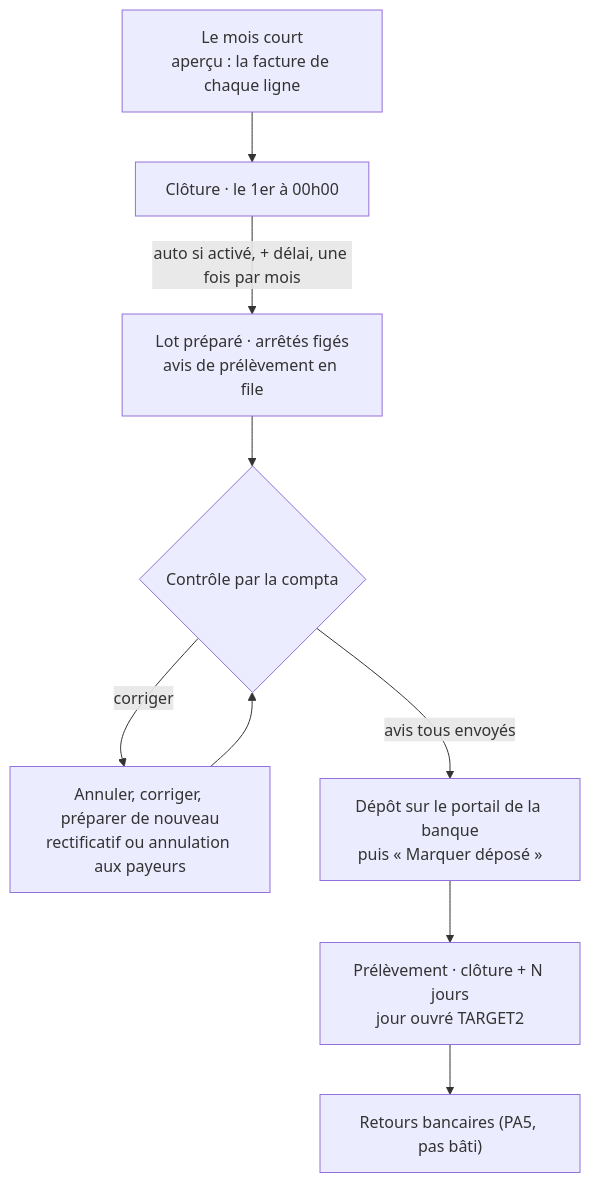
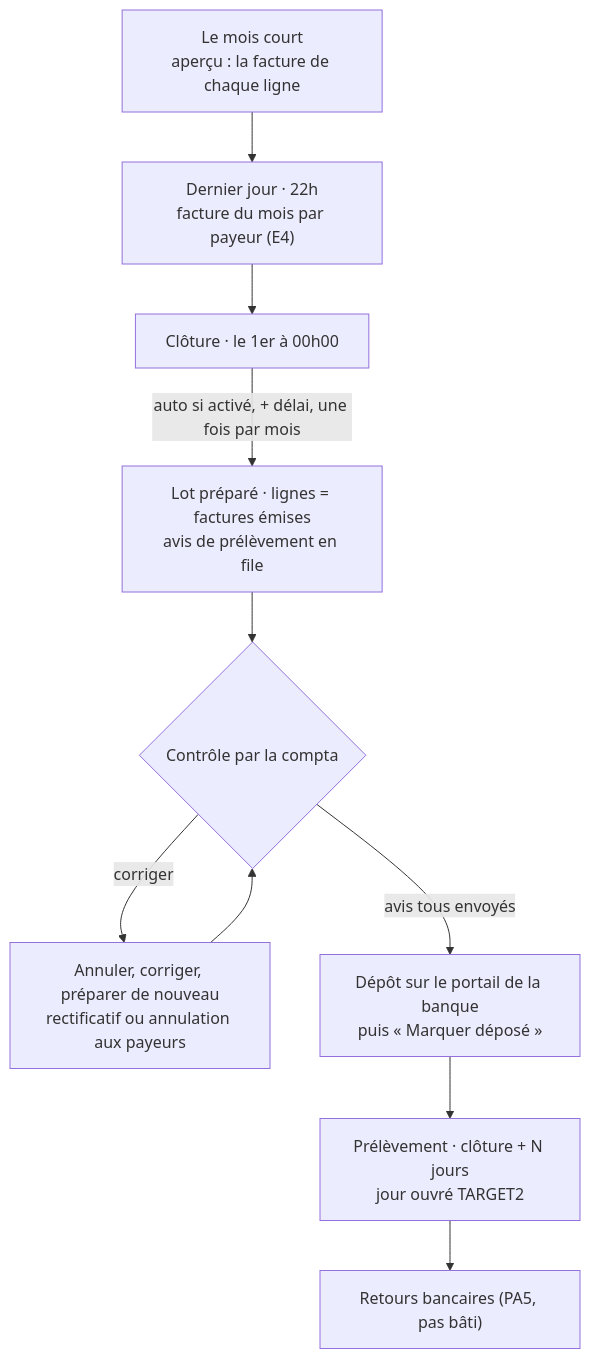
One commit to hugoheynard/lfd changed the diagram in documentation/facturation/prelevement-automatique.md. Above: the diagram before and after it, drawn with Mermaid. The commit also changed other lines of this file and 90 other files, not shown here.

First line of the commit message:
feat(facturation): la facture du mois est émise le dernier jour, et le lot de prélèvement encaisse des factures

````diff
--- a/documentation/facturation/prelevement-automatique.md
+++ b/documentation/facturation/prelevement-automatique.md
@@ -15,11 +23,12 @@
 ```mermaid
 flowchart TB
-  A["Le mois court<br/>aperçu : la facture de chaque ligne"] --> B["Clôture · le 1er à 00h00"]
-  B -->|"auto si activé, + délai, une fois par mois"| C["Lot préparé · arrêtés figés<br/>avis de prélèvement en file"]
+  A["Le mois court<br/>aperçu : la facture de chaque ligne"] --> F["Dernier jour · 22h<br/>facture du mois par payeur (E4)"]
+  F --> B["Clôture · le 1er à 00h00"]
+  B -->|"auto si activé, + délai, une fois par mois"| C["Lot préparé · lignes = factures émises<br/>avis de prélèvement en file"]
   C --> D{"Contrôle par la compta"}
   D -->|"corriger"| E["Annuler, corriger, préparer de nouveau<br/>rectificatif ou annulation aux payeurs"]
   E --> D
   D -->|"avis tous envoyés"| G["Dépôt sur le portail de la banque<br/>puis « Marquer déposé »"]
   G --> H["Prélèvement · clôture + N jours<br/>jour ouvré TARGET2"]
   H --> I["Retours bancaires (PA5, pas bâti)"]
 ```
````
